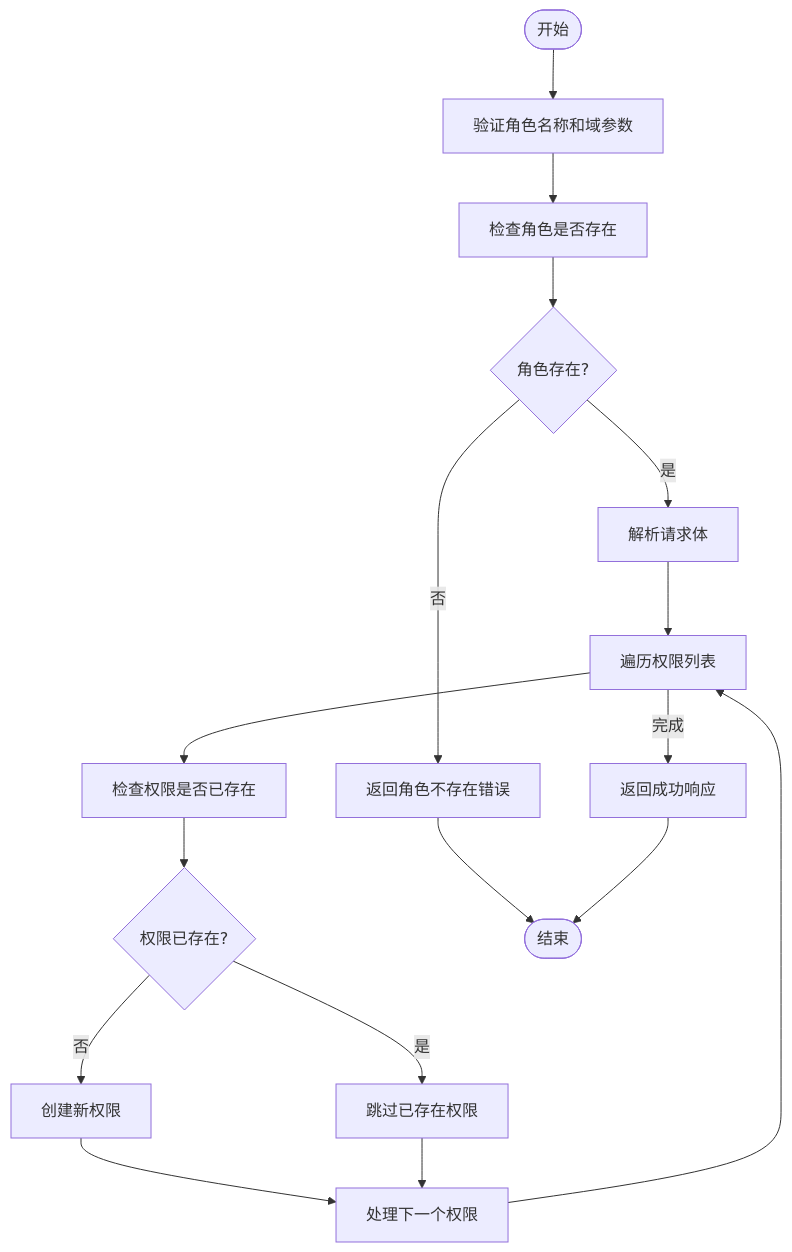
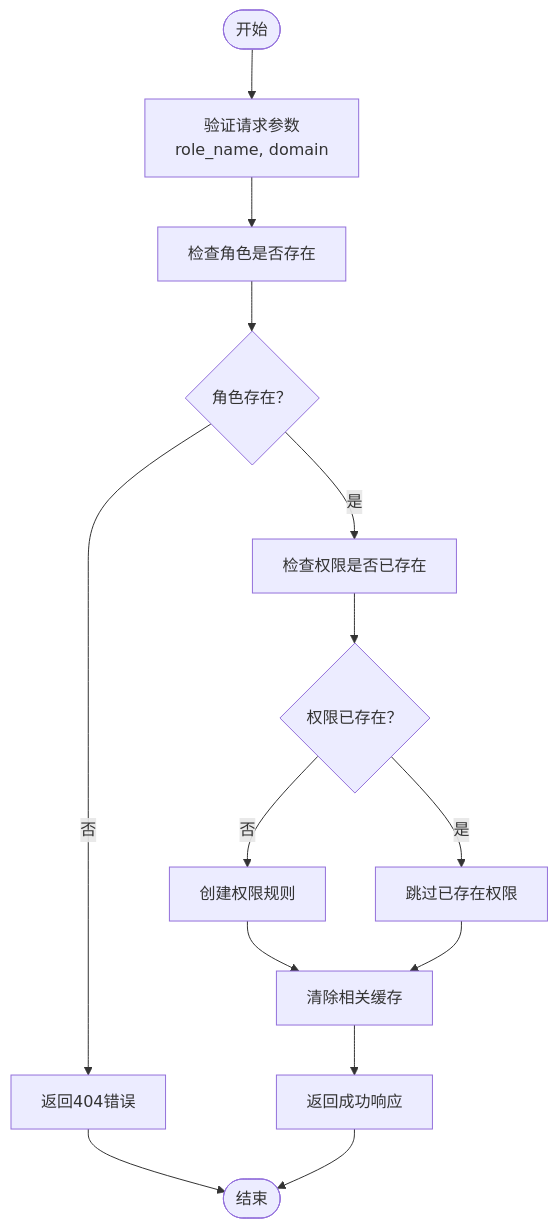
One commit to wuwuseo/e-sports-go-admin changed the third of 5 diagrams in .qoder/repowiki/zh/content/API接口文档/角色权限管理接口.md. Above: the diagram before and after it, drawn with Mermaid. The commit also changed other lines of this file and 141 other files, not shown here.

````diff
--- a/.qoder/repowiki/zh/content/API接口文档/角色权限管理接口.md
+++ b/.qoder/repowiki/zh/content/API接口文档/角色权限管理接口.md
@@ -161,19 +217,16 @@
 ```mermaid
 flowchart TD
-Start([开始]) --> ValidateParams["验证角色名称和域参数"]
+Start([开始]) --> ValidateParams["验证请求参数<br/>role_name, domain"]
 ValidateParams --> CheckRole["检查角色是否存在"]
-CheckRole --> RoleExists{"角色存在?"}
-RoleExists --> |否| ReturnError["返回角色不存在错误"]
-RoleExists --> |是| ParseBody["解析请求体"]
-ParseBody --> LoopPermissions["遍历权限列表"]
-LoopPermissions --> CheckExists["检查权限是否已存在"]
-CheckExists --> Exists{"权限已存在?"}
+CheckRole --> RoleExists{"角色存在？"}
+RoleExists --> |否| ReturnError["返回404错误"]
+RoleExists --> |是| CheckExisting["检查权限是否已存在"]
+CheckExisting --> Exists{"权限已存在？"}
 Exists --> |是| Skip["跳过已存在权限"]
-Exists --> |否| CreatePermission["创建新权限"]
-CreatePermission --> NextPerm["处理下一个权限"]
-Skip --> NextPerm
-NextPerm --> LoopPermissions
-LoopPermissions --> |完成| Success["返回成功响应"]
+Exists --> |否| CreatePermission["创建权限规则"]
+CreatePermission --> ClearCache["清除相关缓存"]
+Skip --> ClearCache
+ClearCache --> Success["返回成功响应"]
 ReturnError --> End([结束])
 Success --> End
 ```
````
